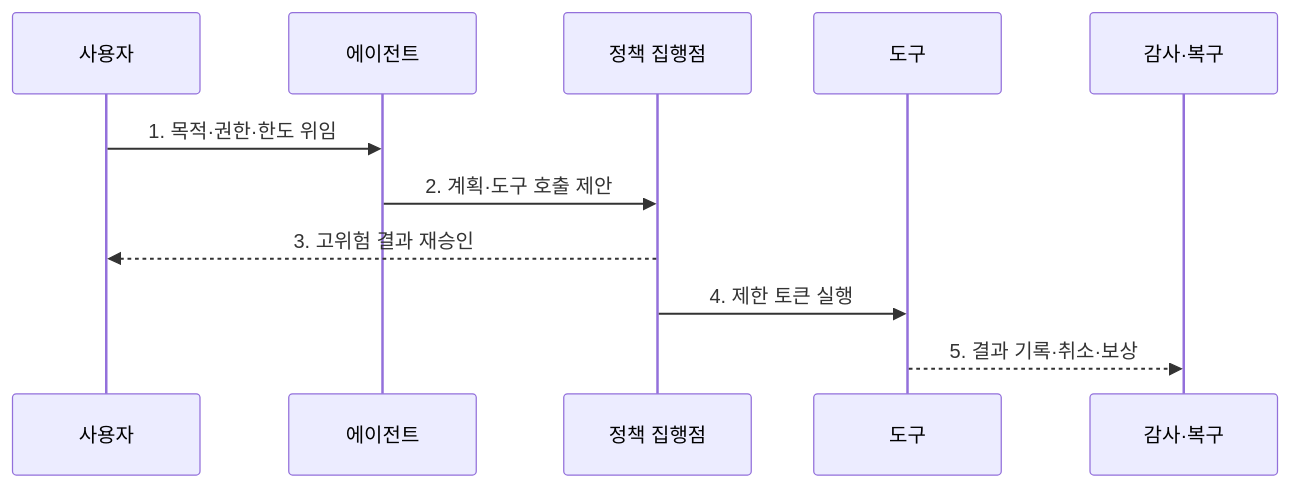
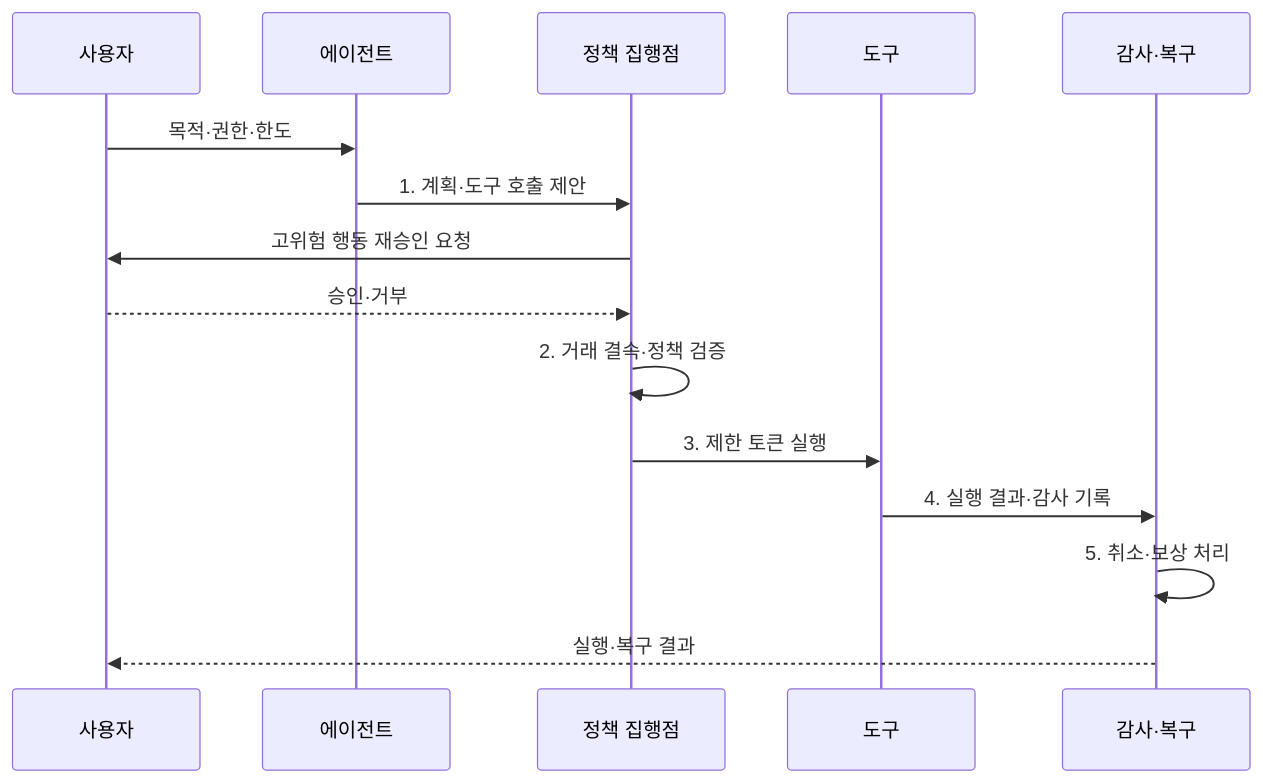
Before and after one commit to agnusdei1207/knowledge-base: the second of 2 diagrams in src/content/docs/notes/05-security/090_agent_security.md, drawn with Mermaid. The commit also changed other lines of this file and 20 other files, not shown here.

````diff
--- a/src/content/docs/notes/05-security/090_agent_security.md
+++ b/src/content/docs/notes/05-security/090_agent_security.md
@@ -85,13 +85,17 @@
 ```mermaid
 sequenceDiagram
     participant U as 사용자
     participant A as 에이전트
     participant P as 정책 집행점
     participant T as 도구
     participant R as 감사·복구
-    U->>A: 1. 목적·권한·한도 위임
-    A->>P: 2. 계획·도구 호출 제안
-    P-->>U: 3. 고위험 결과 재승인
-    P->>T: 4. 제한 토큰 실행
-    T-->>R: 5. 결과 기록·취소·보상
+    U->>A: 목적·권한·한도
+    A->>P: 1. 계획·도구 호출 제안
+    P->>U: 고위험 행동 재승인 요청
+    U-->>P: 승인·거부
+    P->>P: 2. 거래 결속·정책 검증
+    P->>T: 3. 제한 토큰 실행
+    T->>R: 4. 실행 결과·감사 기록
+    R->>R: 5. 취소·보상 처리
+    R-->>U: 실행·복구 결과
 ```
````
